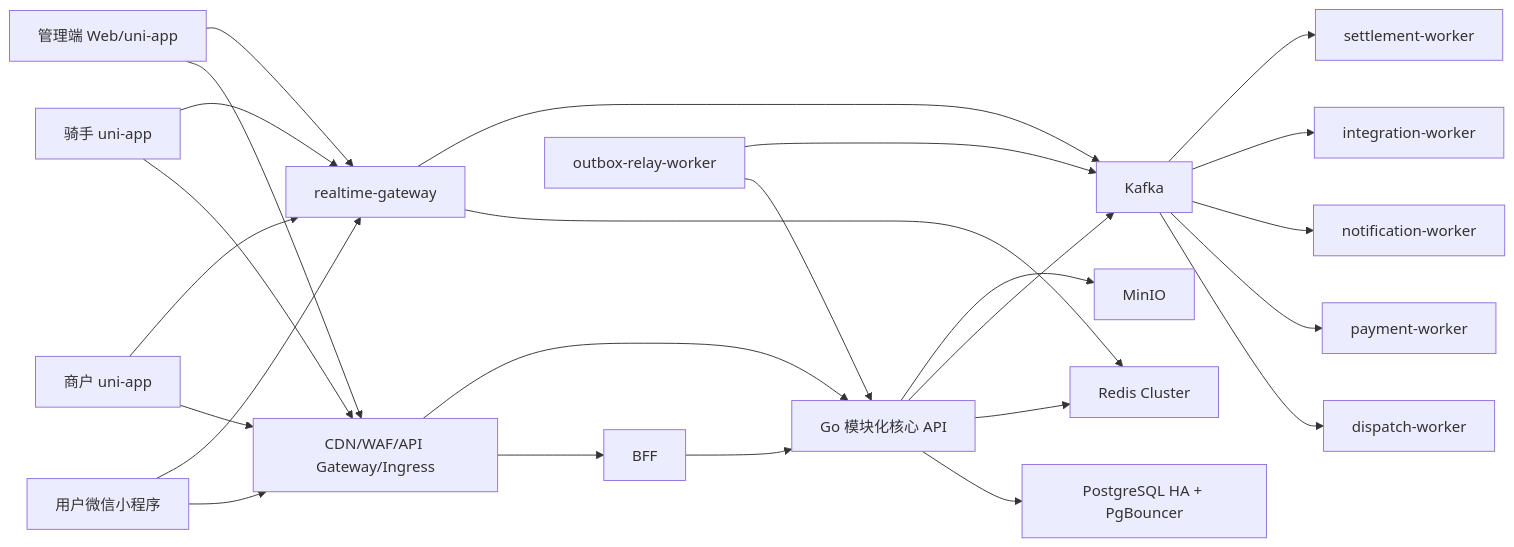
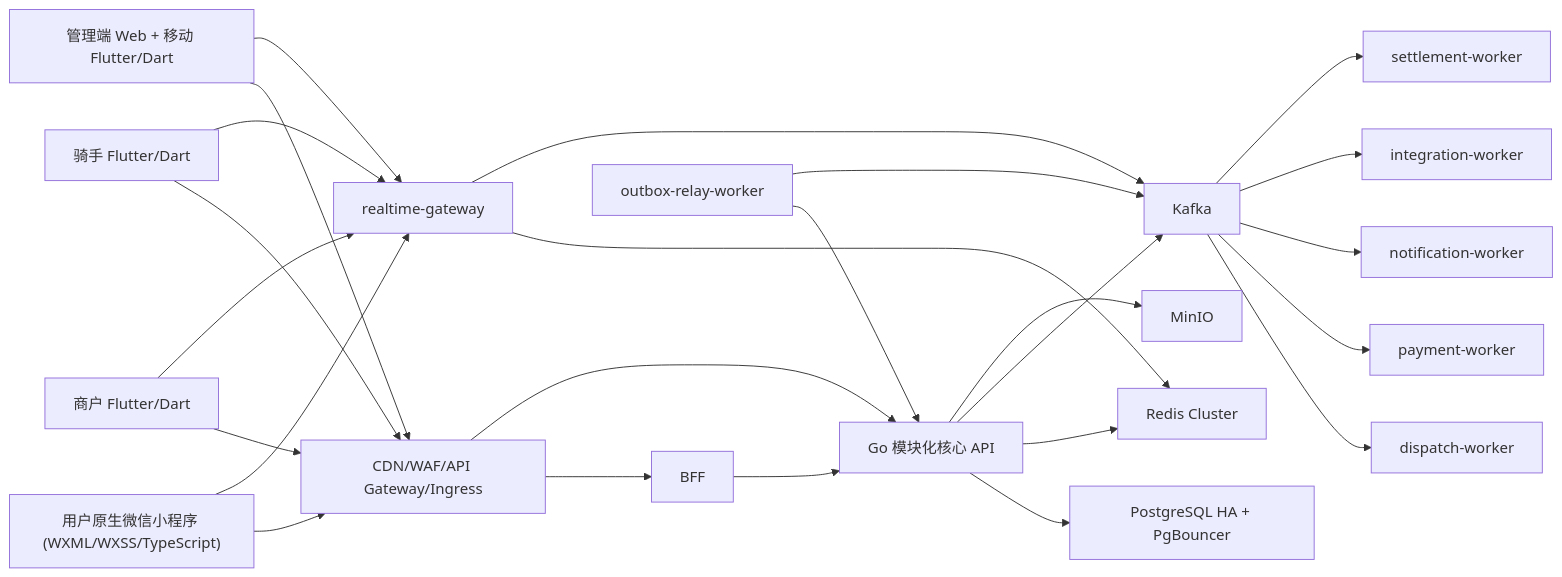
Before and after one commit to HCRXchenghong/infinitech2.0: the diagram in docs/architecture/system-architecture.md, drawn with Mermaid. The commit also changed 402 other files, not shown here.

````diff
--- a/docs/architecture/system-architecture.md
+++ b/docs/architecture/system-architecture.md
@@ -5,27 +5,27 @@
 ```mermaid
 flowchart LR
-  U["用户微信小程序"] --> G["CDN/WAF/API Gateway/Ingress"]
-  M["商户 uni-app"] --> G
-  R["骑手 uni-app"] --> G
-  A["管理端 Web/uni-app"] --> G
+  U["用户原生微信小程序 (WXML/WXSS/TypeScript)"] --> G["CDN/WAF/API Gateway/Ingress"]
+  M["商户 Flutter/Dart"] --> G
+  R["骑手 Flutter/Dart"] --> G
+  A["管理端 Web + 移动 Flutter/Dart"] --> G
   G --> B["BFF"]
   G --> API["Go 模块化核心 API"]
   B --> API
   API --> PG["PostgreSQL HA + PgBouncer"]
   API --> Redis["Redis Cluster"]
   API --> Kafka["Kafka"]
   ORW["outbox-relay-worker"] --> API
   ORW --> Kafka
   Kafka --> DW["dispatch-worker"]
   Kafka --> PW["payment-worker"]
   Kafka --> NW["notification-worker"]
   Kafka --> IW["integration-worker"]
   Kafka --> SW["settlement-worker"]
   RT["realtime-gateway"] --> Redis
   RT --> Kafka
   U --> RT
   M --> RT
   R --> RT
   A --> RT
   API --> MinIO["MinIO"]
 ```
````
